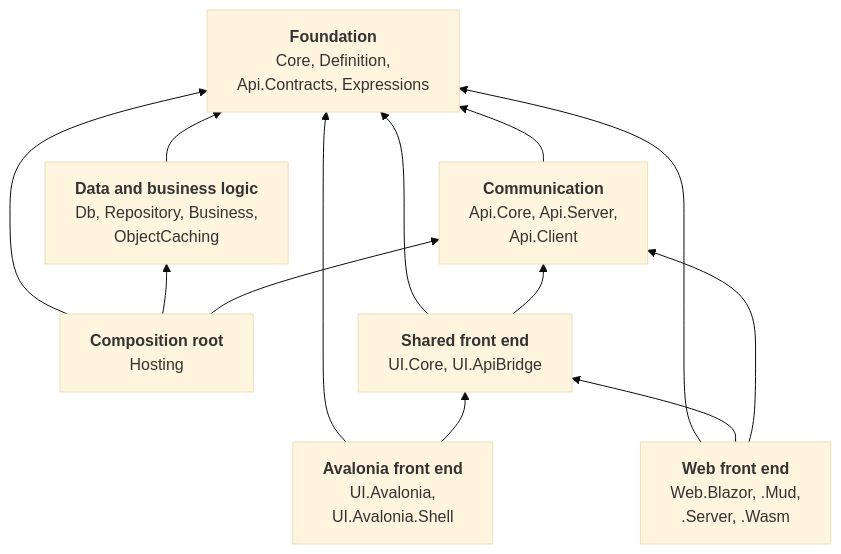
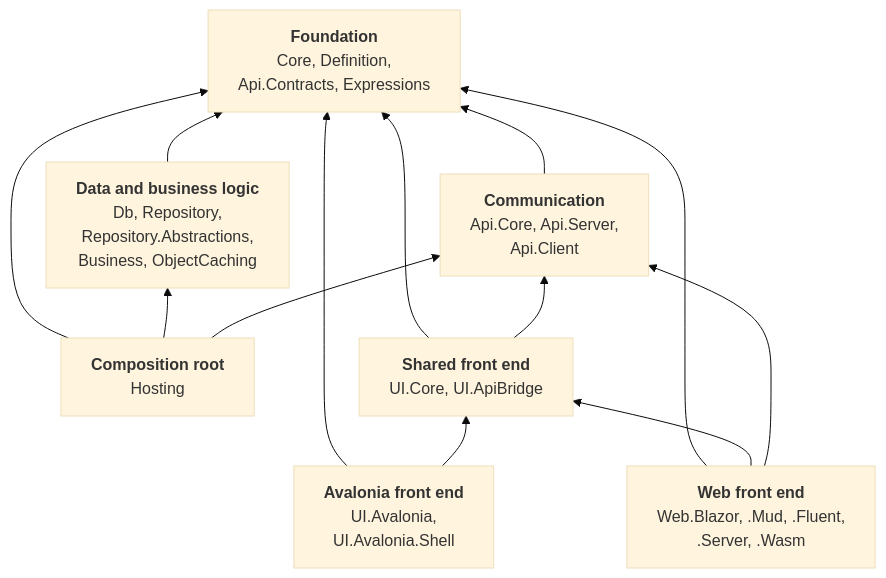
The first of 8 diagrams in docs/en/architecture/dependency-map.md (polhem-dev/polhem), drawn with Mermaid (base theme) before and after one commit. The commit also changed 2 other files, not shown here.

Commit message:
List every project in the dependency map's overview, and check that it does (#291)
The overview's Web front end box left out Polhem.Web.Blazor.Fluent, and the Data and
business logic box left out Polhem.Repository.Abstractions. check-dependency-map.sh
compared the overview's edges with the csproj files but not the projects its boxes
list, so neither omission was reported. It now compares each box with the projects of
its area, reading a name that starts with a dot as an extension of the last full name.

````diff
--- a/docs/en/architecture/dependency-map.md
+++ b/docs/en/architecture/dependency-map.md
@@ -18,23 +18,23 @@
 ```mermaid
 graph BT
   Foundation["<b>Foundation</b><br/>Core, Definition,<br/>Api.Contracts, Expressions"]
-  Backend["<b>Data and business logic</b><br/>Db, Repository, Business,<br/>ObjectCaching"]
+  Backend["<b>Data and business logic</b><br/>Db, Repository,<br/>Repository.Abstractions,<br/>Business, ObjectCaching"]
   Wire["<b>Communication</b><br/>Api.Core, Api.Server,<br/>Api.Client"]
   Composition["<b>Composition root</b><br/>Hosting"]
   FrontShared["<b>Shared front end</b><br/>UI.Core, UI.ApiBridge"]
   Avalonia["<b>Avalonia front end</b><br/>UI.Avalonia,<br/>UI.Avalonia.Shell"]
-  Web["<b>Web front end</b><br/>Web.Blazor, .Mud,<br/>.Server, .Wasm"]
+  Web["<b>Web front end</b><br/>Web.Blazor, .Mud, .Fluent,<br/>.Server, .Wasm"]
 
   Backend --> Foundation
   Wire --> Foundation
   Composition --> Foundation
   Composition --> Backend
   Composition --> Wire
   FrontShared --> Foundation
   FrontShared --> Wire
   Avalonia --> Foundation
   Avalonia --> FrontShared
   Web --> Foundation
   Web --> FrontShared
   Web --> Wire
 ```
````
